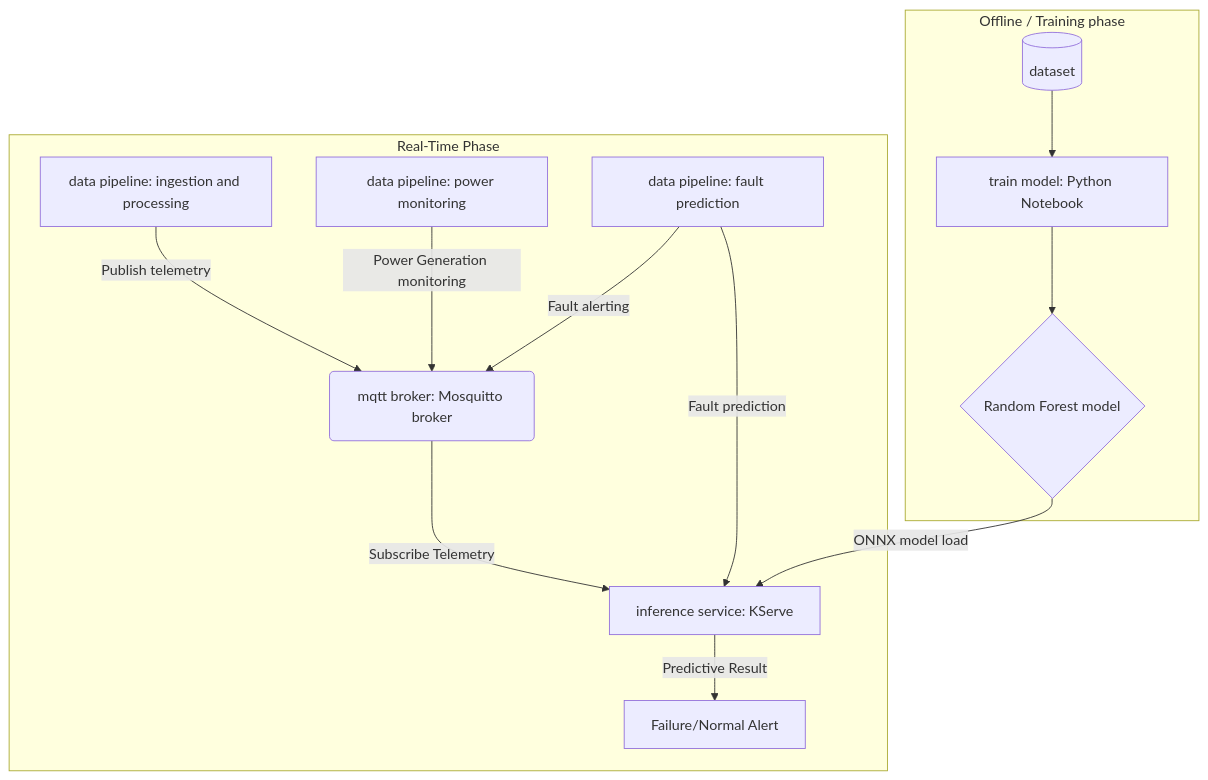
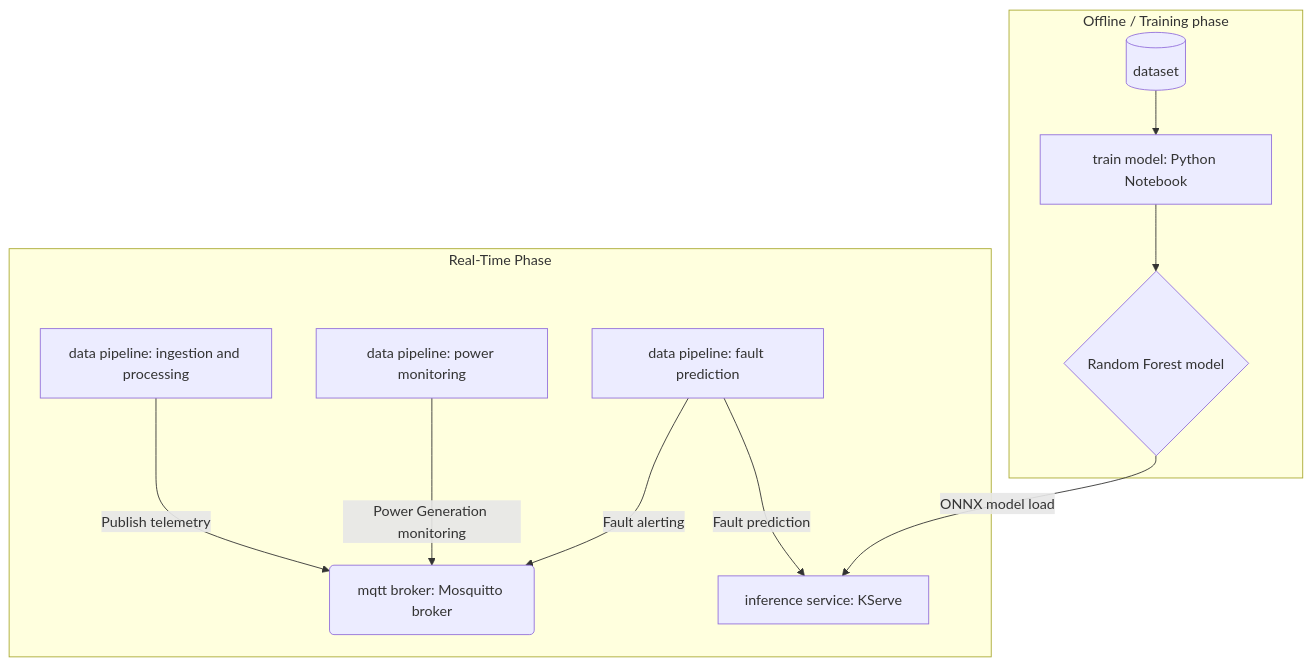
One commit to lucamaf/edge-windguard changed the diagram in README.md. Above: the diagram before and after it, drawn with Mermaid.

Commit message:
remove nodes

````diff
--- a/README.md
+++ b/README.md
@@ -14,17 +14,15 @@
 ```mermaid
 graph TD
     subgraph "Offline / Training phase"
         A[(dataset)] --> B[train model: Python Notebook]
         B --> C{Random Forest model}
     end
 
     subgraph "Real-Time Phase"
         C -- "ONNX model load" --> D[inference service: KServe]
         E[data pipeline: ingestion and processing] -- "Publish telemetry" --> F(mqtt broker: Mosquitto broker)
         H[data pipeline: power monitoring] -- "Power Generation monitoring" --> F(mqtt broker: Mosquitto broker)
         I[data pipeline: fault prediction] -- "Fault prediction" --> D[inference service: KServe]
         I[data pipeline: fault prediction] -- "Fault alerting" --> F(mqtt broker: Mosquitto broker)
-        F -- "Subscribe Telemetry" --> D
-        D -- "Predictive Result" --> G[Failure/Normal Alert]
     end
 ```
````
